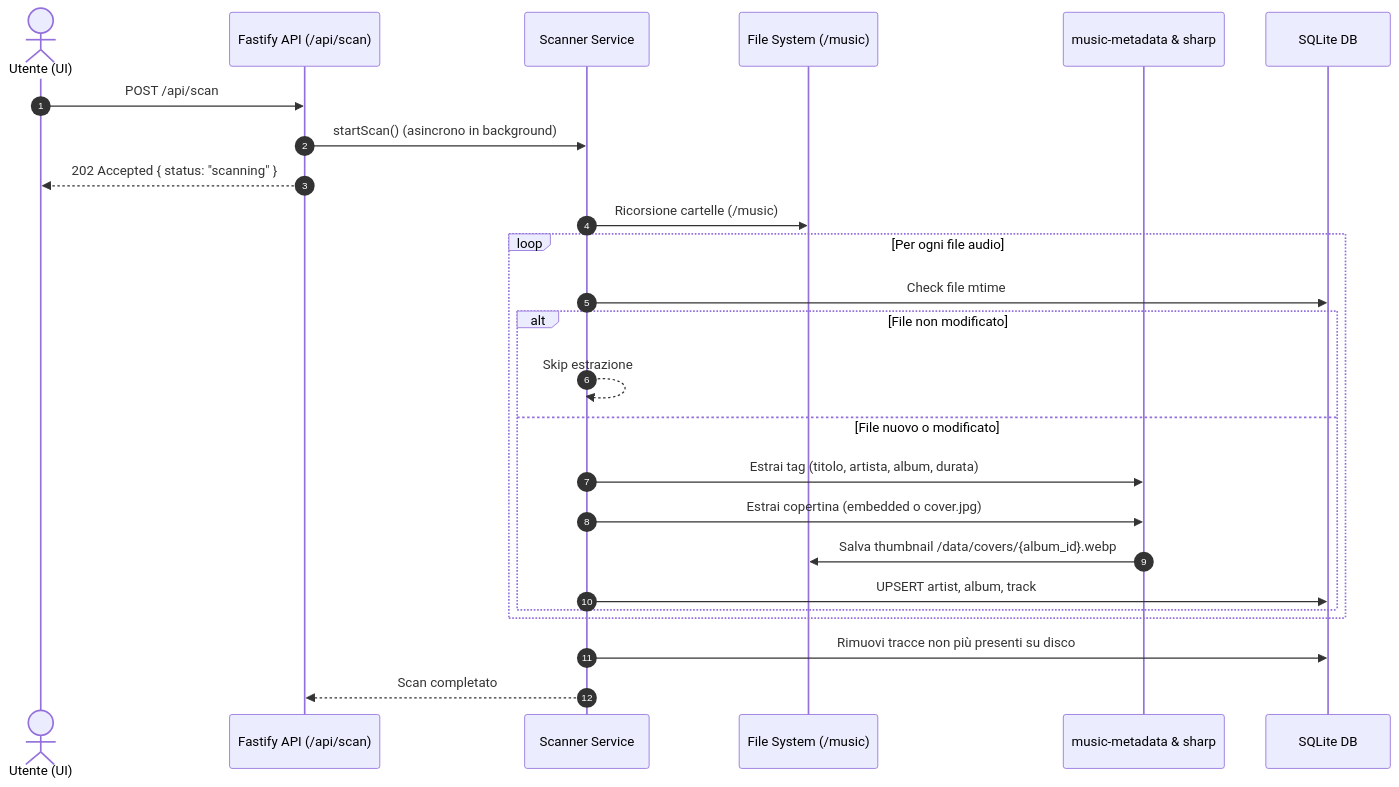
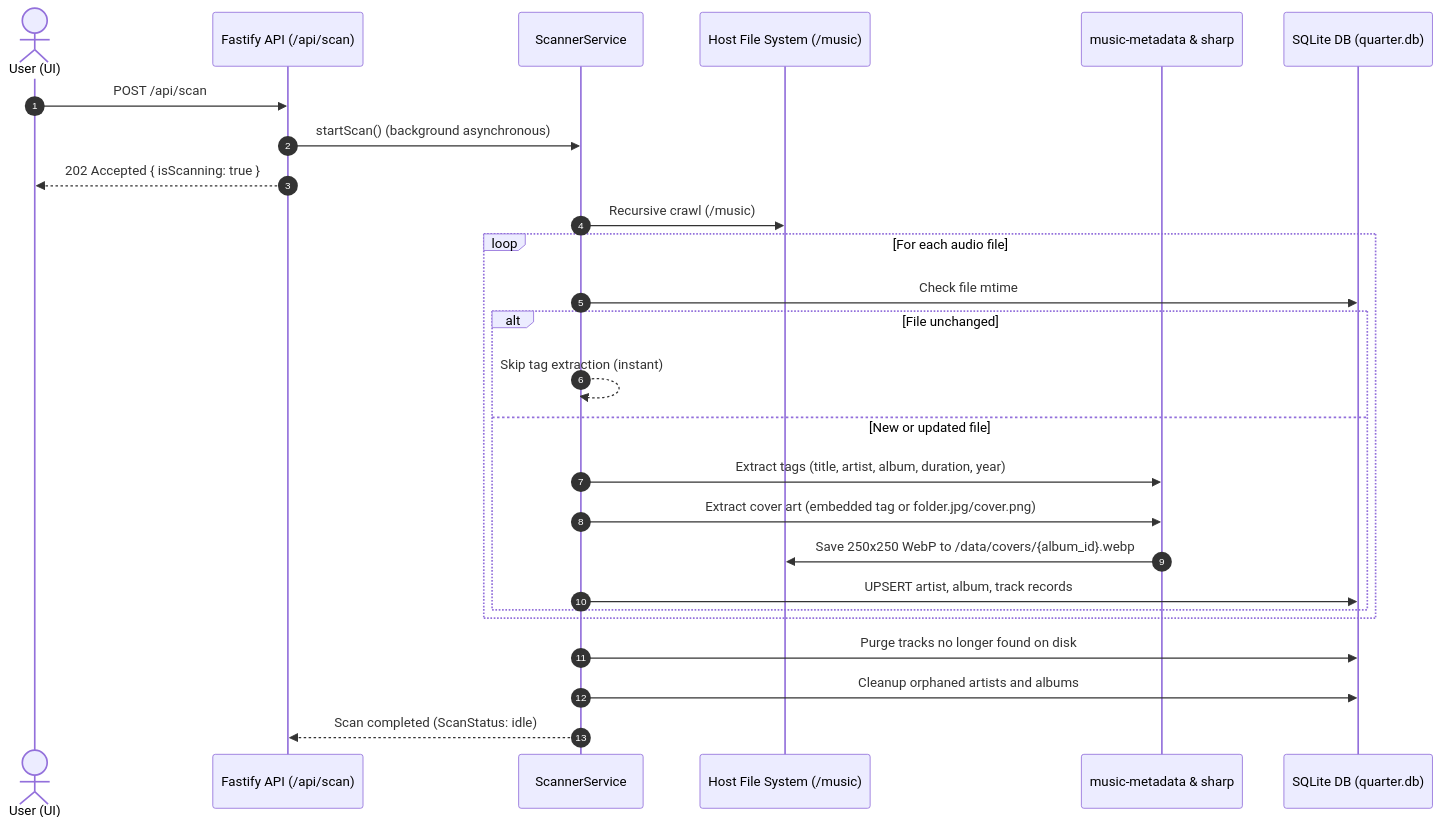
Before and after one commit to UdrK/QuarterNote: the third of 4 diagrams in docs/architecture.md, drawn with Mermaid. The commit also changed other lines of this file and 5 other files, not shown here.

````diff
--- a/docs/architecture.md
+++ b/docs/architecture.md
@@ -123,29 +159,30 @@
 ```mermaid
 sequenceDiagram
     autonumber
-    actor User as Utente (UI)
+    actor User as User (UI)
     participant API as Fastify API (/api/scan)
-    participant Scan as Scanner Service
-    participant FS as File System (/music)
+    participant Scan as ScannerService
+    participant FS as Host File System (/music)
     participant MM as music-metadata & sharp
-    participant DB as SQLite DB
+    participant DB as SQLite DB (quarter.db)
 
     User->>API: POST /api/scan
-    API->>Scan: startScan() (asincrono in background)
-    API-->>User: 202 Accepted { status: "scanning" }
+    API->>Scan: startScan() (background asynchronous)
+    API-->>User: 202 Accepted { isScanning: true }
 
-    Scan->>FS: Ricorsione cartelle (/music)
-    loop Per ogni file audio
+    Scan->>FS: Recursive crawl (/music)
+    loop For each audio file
         Scan->>DB: Check file mtime
-        alt File non modificato
-            Scan-->>Scan: Skip estrazione
-        else File nuovo o modificato
-            Scan->>MM: Estrai tag (titolo, artista, album, durata)
-            Scan->>MM: Estrai copertina (embedded o cover.jpg)
-            MM->>FS: Salva thumbnail /data/covers/{album_id}.webp
-            Scan->>DB: UPSERT artist, album, track
+        alt File unchanged
+            Scan-->>Scan: Skip tag extraction (instant)
+        else New or updated file
+            Scan->>MM: Extract tags (title, artist, album, duration, year)
+            Scan->>MM: Extract cover art (embedded tag or folder.jpg/cover.png)
+            MM->>FS: Save 250x250 WebP to /data/covers/{album_id}.webp
+            Scan->>DB: UPSERT artist, album, track records
         end
     end
-    Scan->>DB: Rimuovi tracce non più presenti su disco
-    Scan-->>API: Scan completato
+    Scan->>DB: Purge tracks no longer found on disk
+    Scan->>DB: Cleanup orphaned artists and albums
+    Scan-->>API: Scan completed (ScanStatus: idle)
 ```
````
